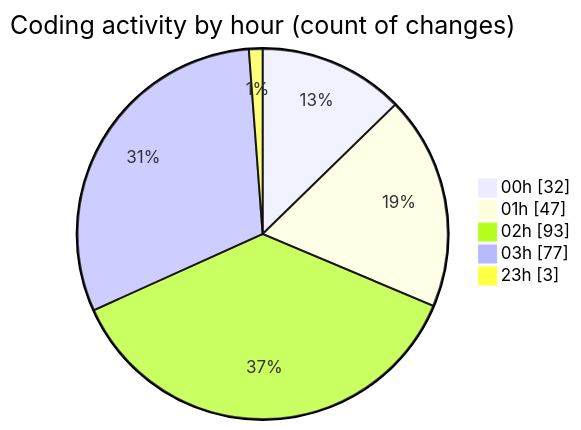
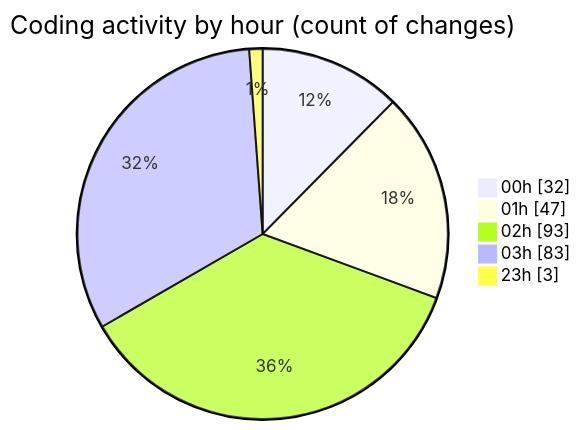
One commit to lephambinh05/code-tracking changed the second of 2 diagrams in 2025-07-28/quanlyrapchieuphim-1/README.md. Above: the diagram before and after it, drawn with Mermaid. The commit also changed other lines of this file and 1 other file, not shown here.

````diff
--- a/2025-07-28/quanlyrapchieuphim-1/README.md
+++ b/2025-07-28/quanlyrapchieuphim-1/README.md
@@ -53,9 +56,9 @@
 ```mermaid
 pie showData
 title Coding activity by hour (count of changes)
 "00h" : 32
 "01h" : 47
 "02h" : 93
-"03h" : 77
+"03h" : 83
 "23h" : 3
 ```
````
